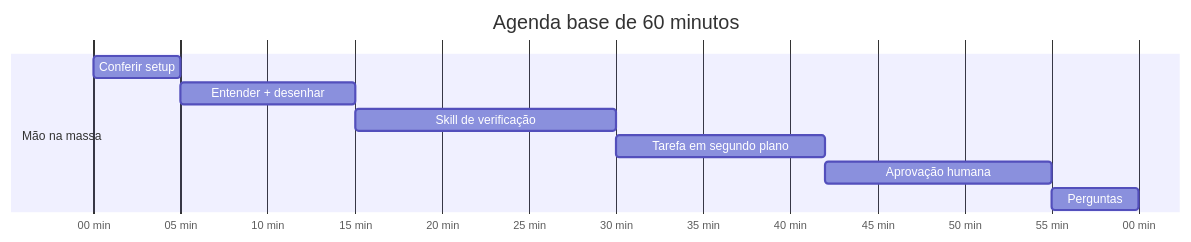
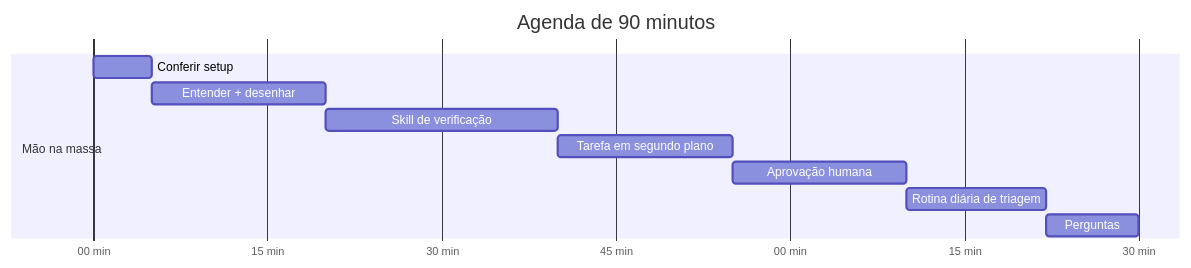
One commit to glaucia86/grok-bot-engineering-workshop changed the second of 4 diagrams in README.pt-br.md. Above: the diagram before and after it, drawn with Mermaid. The commit also changed other lines of this file and 1 other file, not shown here.

Commit message:
docs: make 90 minutes the main workshop agenda

````diff
--- a/README.pt-br.md
+++ b/README.pt-br.md
@@ -97,13 +97,14 @@
 ```mermaid
 gantt
-    title Agenda base de 60 minutos
+    title Agenda de 90 minutos
     dateFormat mm
     axisFormat %M min
     section Mão na massa
     Conferir setup             :a1, 00, 5m
-    Entender + desenhar        :a2, after a1, 10m
-    Skill de verificação       :a3, after a2, 15m
-    Tarefa em segundo plano    :a4, after a3, 12m
-    Aprovação humana           :a5, after a4, 13m
-    Perguntas                  :a6, after a5, 5m
+    Entender + desenhar        :a2, after a1, 15m
+    Skill de verificação       :a3, after a2, 20m
+    Tarefa em segundo plano    :a4, after a3, 15m
+    Aprovação humana           :a5, after a4, 15m
+    Rotina diária de triagem   :a6, after a5, 12m
+    Perguntas                  :a7, after a6, 8m
 ```
````
